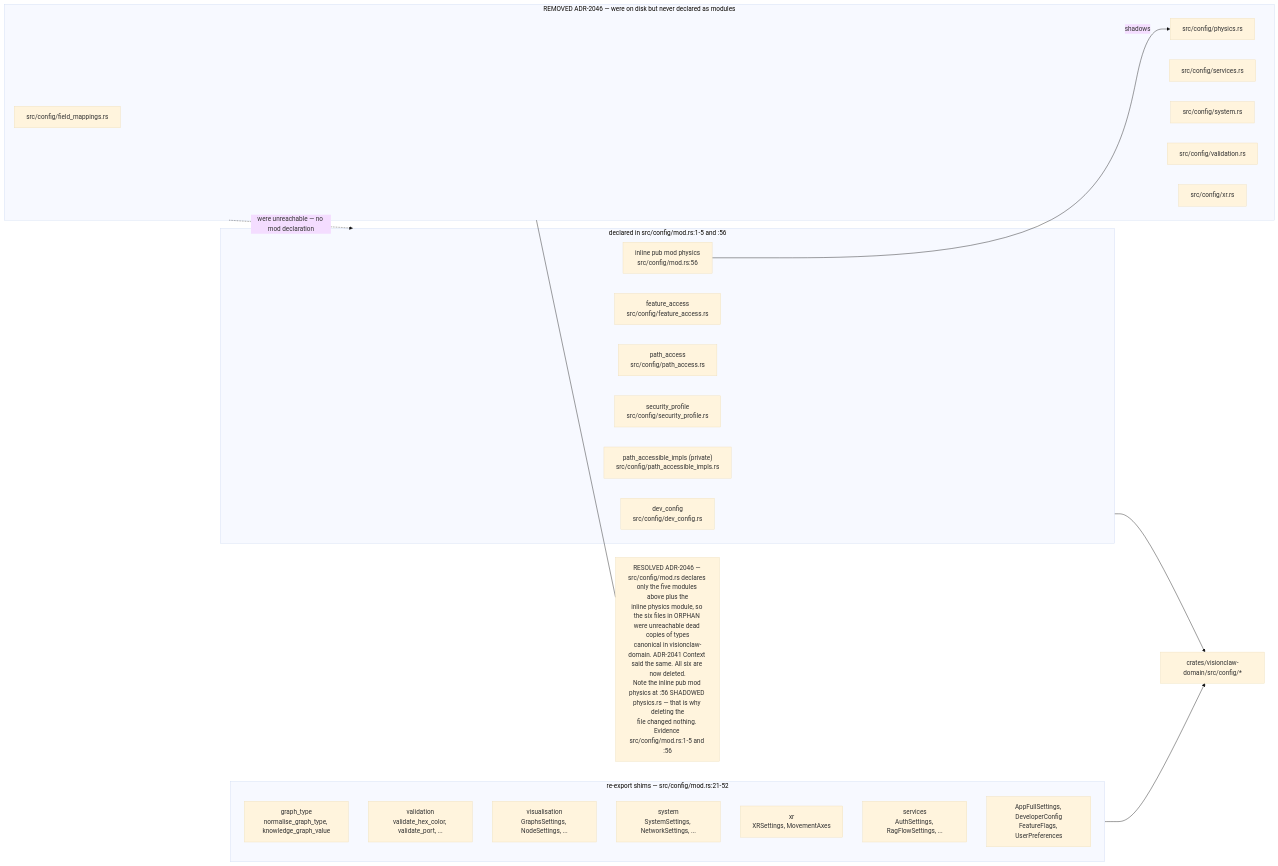
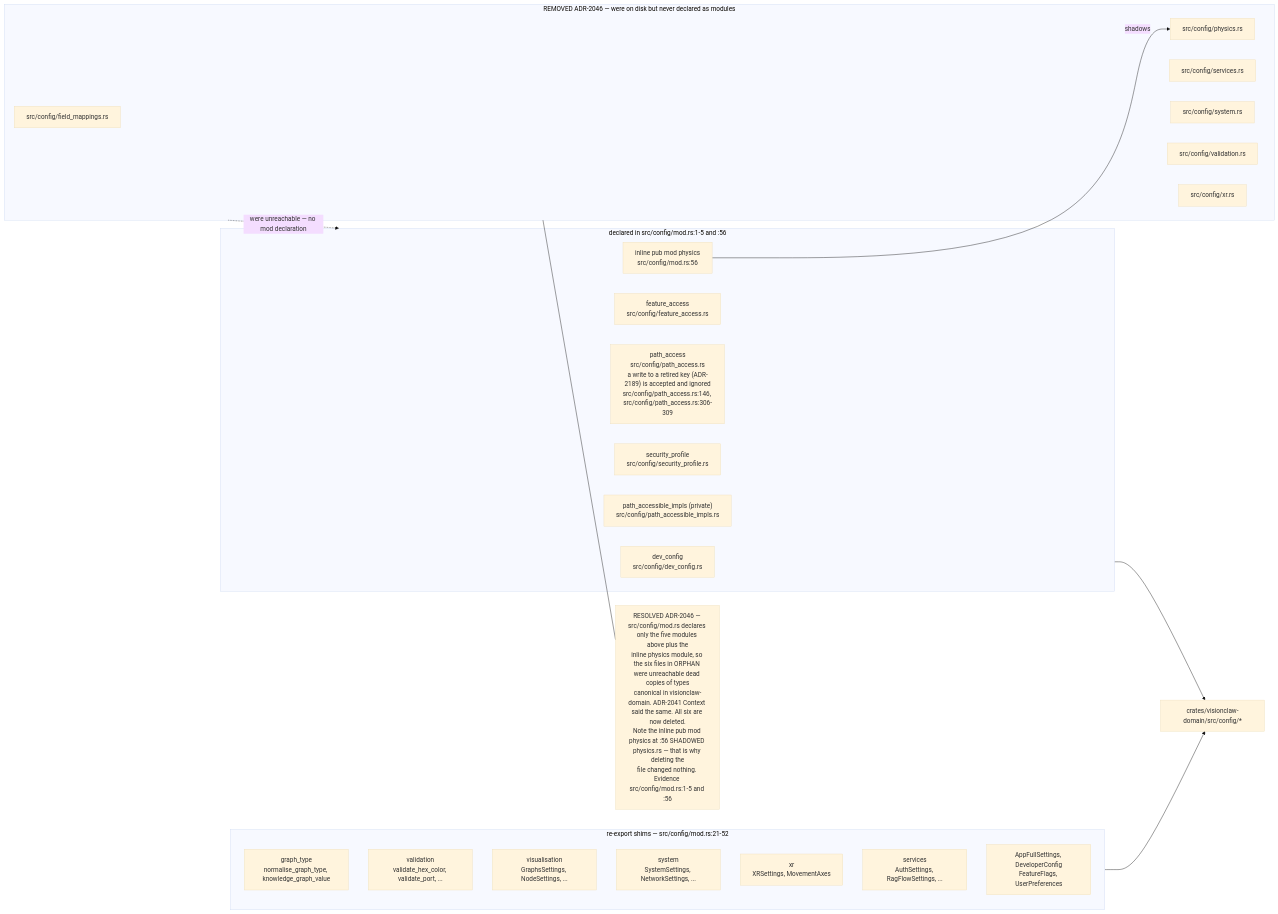
One commit to DreamLab-AI/VisionFlow changed the second of 16 diagrams in docs/diagrams/visionclaw/09-config-and-env-flags.md. Above: the diagram before and after it, drawn with Mermaid (base theme). The commit also changed other lines of this file and 56 other files, not shown here.

First line of the commit message:
docs(diagrams): re-verify VisionClaw topics at ec785afa9, add VC-19/56/57 and the VisionClaw register

````diff
--- a/docs/diagrams/visionclaw/09-config-and-env-flags.md
+++ b/docs/diagrams/visionclaw/09-config-and-env-flags.md
@@ -122,35 +133,35 @@
 ```mermaid
 flowchart LR
     subgraph DECL["declared in src/config/mod.rs:1-5 and :56"]
         D1["dev_config<br/>src/config/dev_config.rs"]
         D2["feature_access<br/>src/config/feature_access.rs"]
-        D3["path_access<br/>src/config/path_access.rs"]
+        D3["path_access<br/>src/config/path_access.rs<br/>a write to a retired key (ADR-2189) is accepted and ignored<br/>src/config/path_access.rs:146, src/config/path_access.rs:306-309"]
         D4["security_profile<br/>src/config/security_profile.rs"]
         D5["path_accessible_impls (private)<br/>src/config/path_accessible_impls.rs"]
         D6["inline pub mod physics<br/>src/config/mod.rs:56"]
     end
     subgraph REEXPORT["re-export shims — src/config/mod.rs:21-52"]
         R1["graph_type<br/>normalise_graph_type, knowledge_graph_value"]
         R2["validation<br/>validate_hex_color, validate_port, ..."]
         R3["visualisation<br/>GraphsSettings, NodeSettings, ..."]
         R4["system<br/>SystemSettings, NetworkSettings, ..."]
         R5["xr<br/>XRSettings, MovementAxes"]
         R6["services<br/>AuthSettings, RagFlowSettings, ..."]
         R7["AppFullSettings, DeveloperConfig<br/>FeatureFlags, UserPreferences"]
     end
     DOM["crates/visionclaw-domain/src/config/*"]
     subgraph ORPHAN["REMOVED ADR-2046 — were on disk but never declared as modules"]
         O1["src/config/field_mappings.rs"]
         O2["src/config/physics.rs"]
         O3["src/config/services.rs"]
         O4["src/config/system.rs"]
         O5["src/config/validation.rs"]
         O6["src/config/xr.rs"]
     end
     DECL --> DOM
     REEXPORT --> DOM
     D6 -->|"shadows"| O2
     ORPHAN -.->|"were unreachable — no mod declaration"| DECL
     N1["RESOLVED ADR-2046 — src/config/mod.rs declares only the five modules above plus the<br/>inline physics module, so the six files in ORPHAN were unreachable dead copies of types<br/>canonical in visionclaw-domain. ADR-2041 Context said the same. All six are now deleted.<br/>Note the inline pub mod physics at :56 SHADOWED physics.rs — that is why deleting the<br/>file changed nothing. Evidence src/config/mod.rs:1-5 and :56"]
     ORPHAN --- N1
 ```
````
